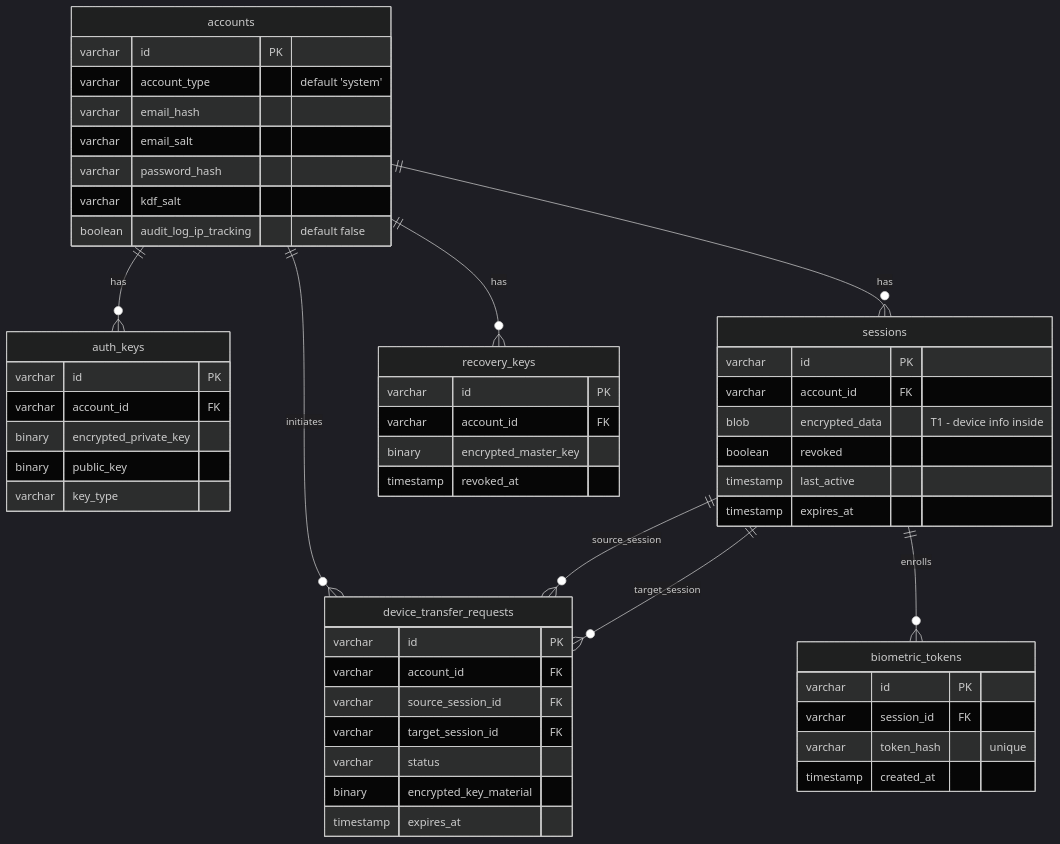
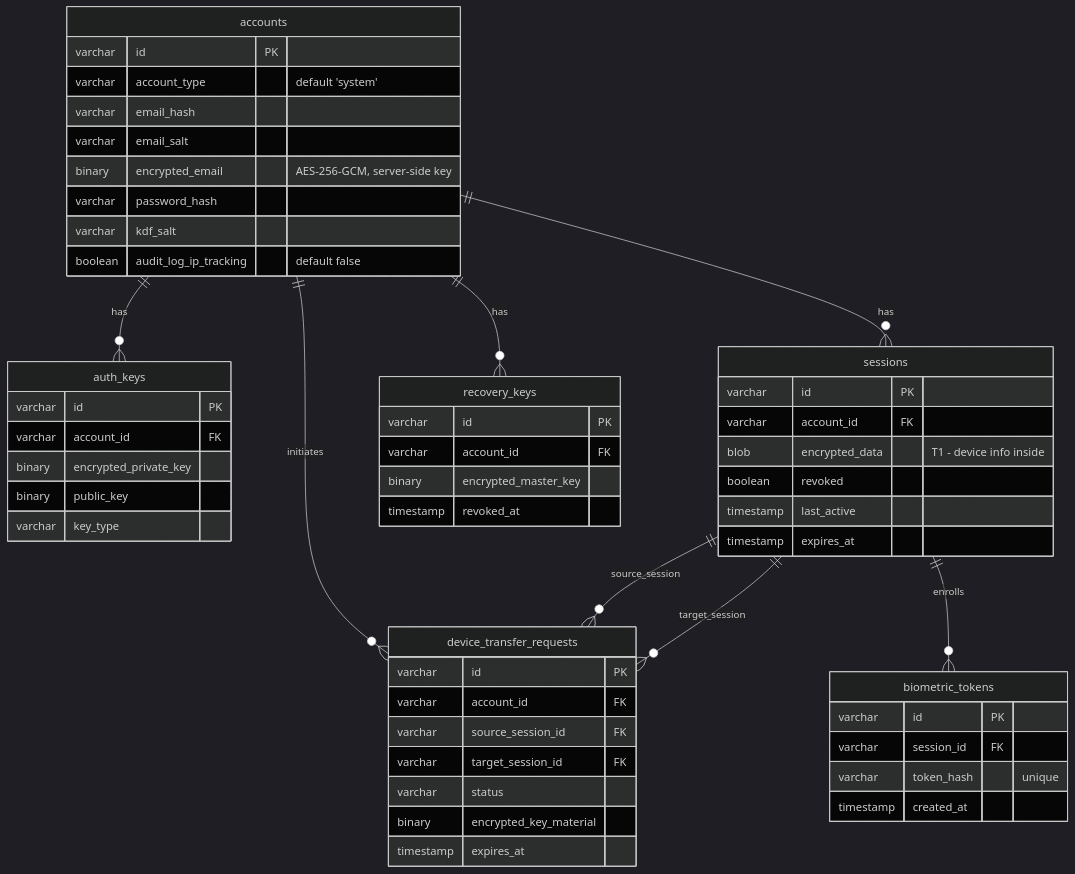
One commit to ThePrismSystem/pluralscape-mono changed the first of 22 diagrams in docs/database-schema.md. Above: the diagram before and after it, drawn with Mermaid (dark theme). The commit also changed 9 other files, not shown here.

````diff
--- a/docs/database-schema.md
+++ b/docs/database-schema.md
@@ -22,61 +22,62 @@
 ```mermaid
 erDiagram
     accounts {
         varchar id PK
         varchar account_type "default 'system'"
         varchar email_hash
         varchar email_salt
+        binary encrypted_email "AES-256-GCM, server-side key"
         varchar password_hash
         varchar kdf_salt
         boolean audit_log_ip_tracking "default false"
     }
 
     auth_keys {
         varchar id PK
         varchar account_id FK
         binary encrypted_private_key
         binary public_key
         varchar key_type
     }
 
     sessions {
         varchar id PK
         varchar account_id FK
         blob encrypted_data "T1 - device info inside"
         boolean revoked
         timestamp last_active
         timestamp expires_at
     }
 
     recovery_keys {
         varchar id PK
         varchar account_id FK
         binary encrypted_master_key
         timestamp revoked_at
     }
 
     device_transfer_requests {
         varchar id PK
         varchar account_id FK
         varchar source_session_id FK
         varchar target_session_id FK
         varchar status
         binary encrypted_key_material
         timestamp expires_at
     }
 
     biometric_tokens {
         varchar id PK
         varchar session_id FK
         varchar token_hash "unique"
         timestamp created_at
     }
 
     accounts ||--o{ auth_keys : "has"
     accounts ||--o{ sessions : "has"
     accounts ||--o{ recovery_keys : "has"
     accounts ||--o{ device_transfer_requests : "initiates"
     sessions ||--o{ device_transfer_requests : "source_session"
     sessions ||--o{ device_transfer_requests : "target_session"
     sessions ||--o{ biometric_tokens : "enrolls"
 ```
````
